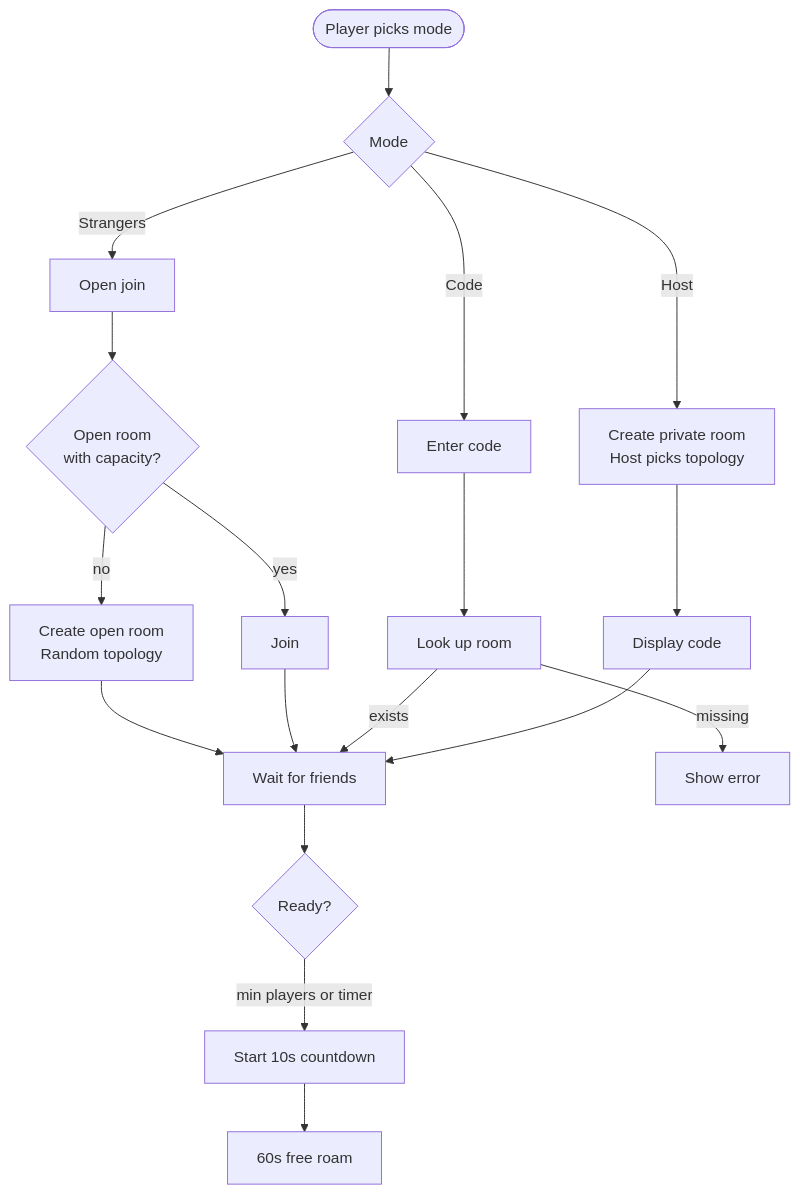
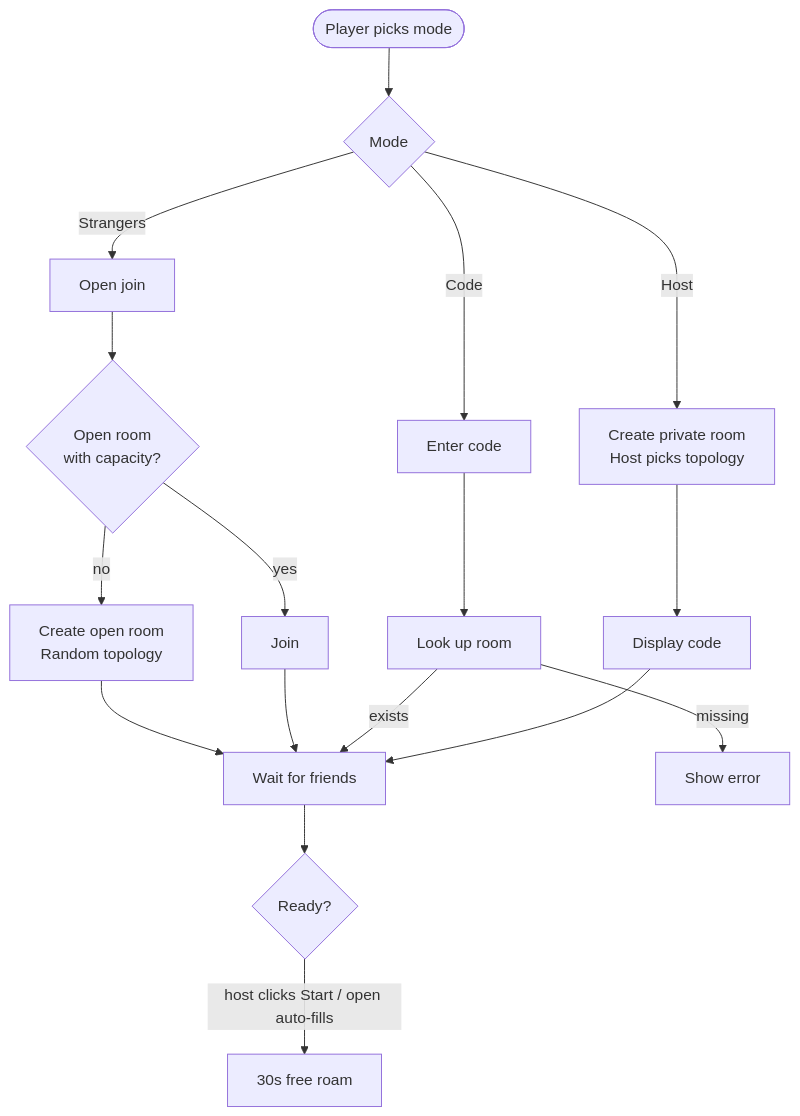
The seventh of 9 diagrams in docs/ARCHITECTURE.md (sean-reid/clowns-and-mimes), drawn with Mermaid before and after one commit. The commit also changed other lines of this file and 9 other files, not shown here.

````diff
--- a/docs/ARCHITECTURE.md
+++ b/docs/ARCHITECTURE.md
@@ -274,20 +273,19 @@
 ```mermaid
 flowchart TD
   Start([Player picks mode]) --> Mode{Mode}
   Mode -->|Host| Create[Create private room\nHost picks topology]
   Create --> ShareCode[Display code]
   ShareCode --> Wait[Wait for friends]
   Mode -->|Code| EnterCode[Enter code]
   EnterCode --> Lookup[Look up room]
   Lookup -->|exists| Wait
   Lookup -->|missing| Error[Show error]
   Mode -->|Strangers| OpenJoin[Open join]
   OpenJoin --> Find{Open room\nwith capacity?}
   Find -->|yes| JoinExisting[Join]
   Find -->|no| CreateOpen[Create open room\nRandom topology]
   JoinExisting --> Wait
   CreateOpen --> Wait
   Wait --> Ready{Ready?}
-  Ready -->|min players or timer| Start10[Start 10s countdown]
-  Start10 --> Free[60s free roam]
+  Ready -->|host clicks Start / open auto-fills| Free[30s free roam]
 ```
````
